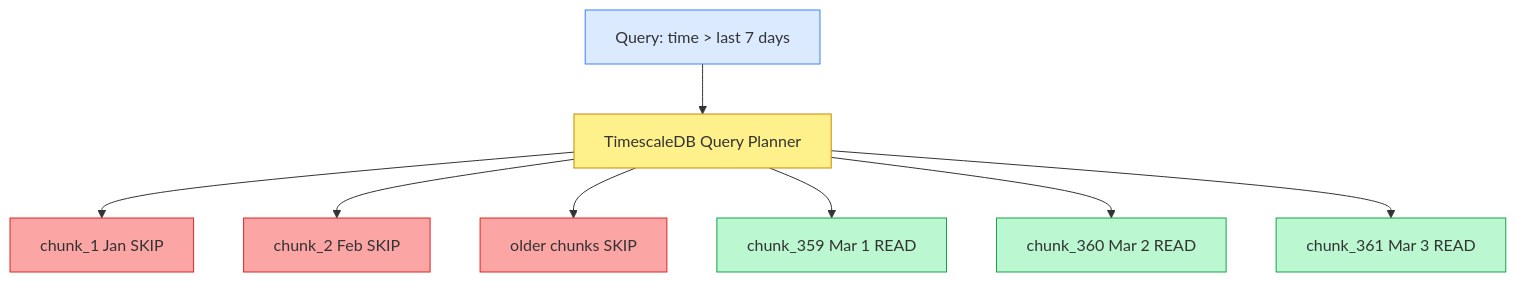
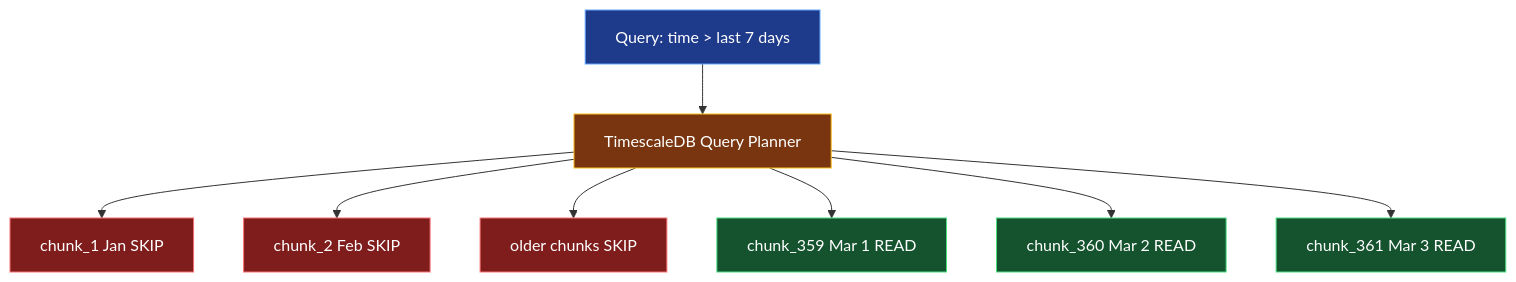
Before and after one commit to mjameer/RareLearning: the second of 8 diagrams in DB/TimeScaleDb.md, drawn with Mermaid. The commit also changed other lines of this file, not shown here.

````diff
--- a/DB/TimeScaleDb.md
+++ b/DB/TimeScaleDb.md
@@ -152,28 +152,28 @@
 ```mermaid
 graph TD
     Q["Query: time > last 7 days"]
     P["TimescaleDB Query Planner"]
     S1["chunk_1  Jan   SKIP"]
     S2["chunk_2  Feb   SKIP"]
     S3["older chunks   SKIP"]
     R1["chunk_359  Mar 1   READ"]
     R2["chunk_360  Mar 2   READ"]
     R3["chunk_361  Mar 3   READ"]
 
     Q --> P
     P --> S1
     P --> S2
     P --> S3
     P --> R1
     P --> R2
     P --> R3
 
-    style Q fill:#dbeafe,stroke:#3b82f6
-    style P fill:#fef08a,stroke:#ca8a04
-    style S1 fill:#fca5a5,stroke:#dc2626
-    style S2 fill:#fca5a5,stroke:#dc2626
-    style S3 fill:#fca5a5,stroke:#dc2626
-    style R1 fill:#bbf7d0,stroke:#16a34a
-    style R2 fill:#bbf7d0,stroke:#16a34a
-    style R3 fill:#bbf7d0,stroke:#16a34a
+    style Q fill:#1e3a8a,stroke:#60a5fa,color:#ffffff
+    style P fill:#78350f,stroke:#fbbf24,color:#ffffff
+    style S1 fill:#7f1d1d,stroke:#f87171,color:#ffffff
+    style S2 fill:#7f1d1d,stroke:#f87171,color:#ffffff
+    style S3 fill:#7f1d1d,stroke:#f87171,color:#ffffff
+    style R1 fill:#14532d,stroke:#4ade80,color:#ffffff
+    style R2 fill:#14532d,stroke:#4ade80,color:#ffffff
+    style R3 fill:#14532d,stroke:#4ade80,color:#ffffff
 ```
````
